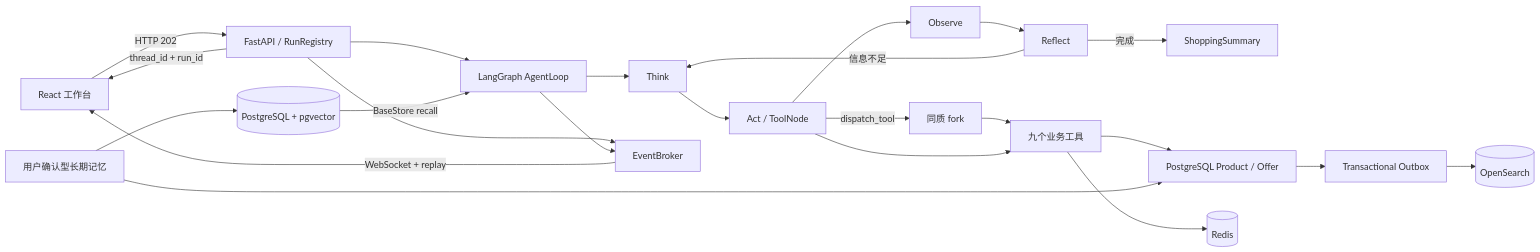
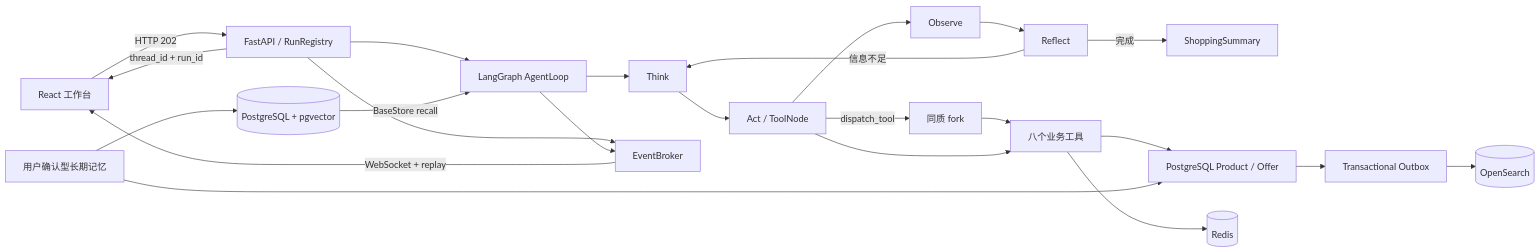
Before and after one commit to yachtywen/Globuy: the diagram in README.md, drawn with Mermaid. The commit also changed other lines of this file and 53 other files, not shown here.

````diff
--- a/README.md
+++ b/README.md
@@ -91,29 +91,29 @@
 ```mermaid
 flowchart LR
     U[React 工作台] -->|HTTP 202| API[FastAPI / RunRegistry]
     API -->|thread_id + run_id| U
     API --> LOOP[LangGraph AgentLoop]
     LOOP --> THINK[Think]
     THINK --> ACT[Act / ToolNode]
     ACT --> OBSERVE[Observe]
     OBSERVE --> REFLECT[Reflect]
     REFLECT -->|信息不足| THINK
     REFLECT -->|完成| RESULT[ShoppingSummary]
 
     ACT -->|dispatch_tool| FORK[同质 fork]
-    FORK --> TOOLS[九个业务工具]
+    FORK --> TOOLS[八个业务工具]
     ACT --> TOOLS
 
     TOOLS --> CATALOG[PostgreSQL Product / Offer]
     CATALOG --> OUTBOX[Transactional Outbox]
     OUTBOX --> OS[(OpenSearch)]
     TOOLS --> REDIS[(Redis)]
 
     API --> BROKER[EventBroker]
     LOOP --> BROKER
     BROKER -->|WebSocket + replay| U
 
     MEMORY[用户确认型长期记忆] --> CATALOG
     MEMORY --> PGVECTOR[(PostgreSQL + pgvector)]
     PGVECTOR -->|BaseStore recall| LOOP
 ```
````
